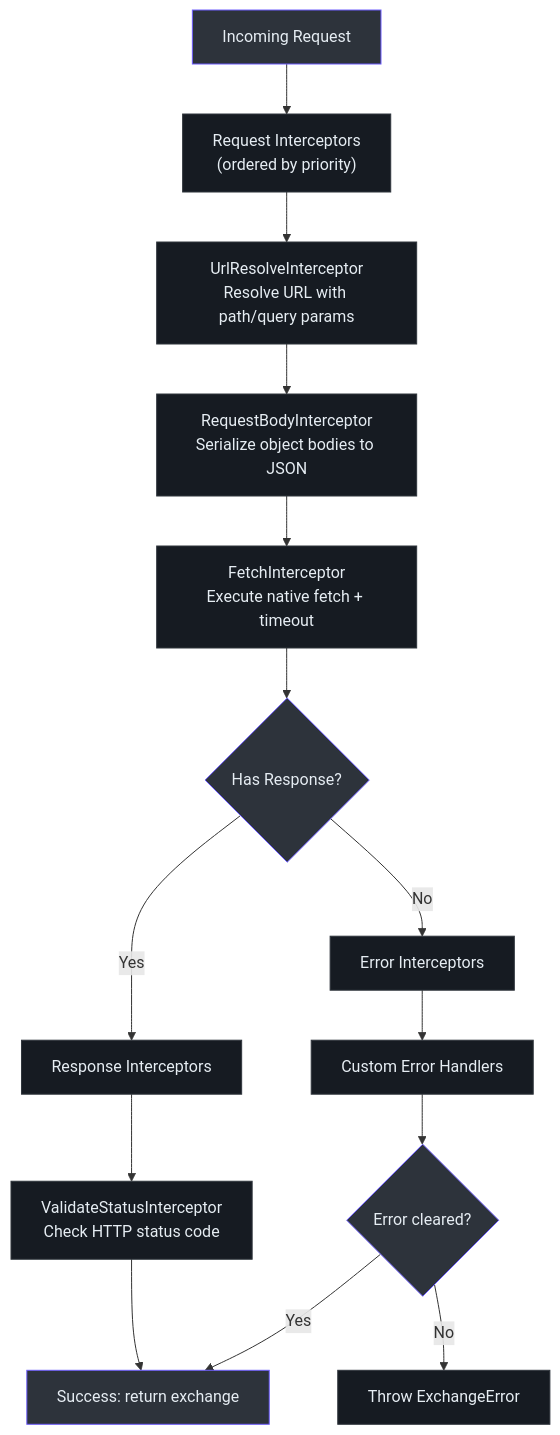
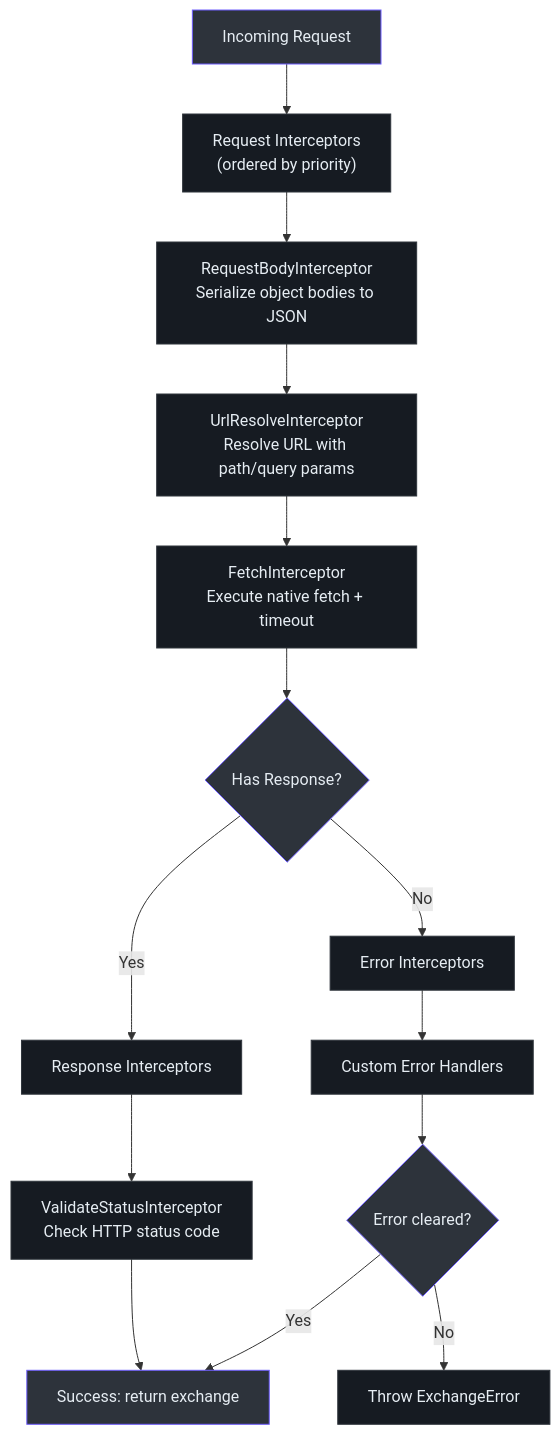
The third of 5 diagrams in wiki/packages/fetcher.md (Ahoo-Wang/fetcher), drawn with Mermaid before and after one commit. The commit also changed other lines of this file and 36 other files, not shown here.

````diff
--- a/wiki/packages/fetcher.md
+++ b/wiki/packages/fetcher.md
@@ -198,35 +198,35 @@
 ```mermaid
 flowchart TD
     START["Incoming Request"]
     START --> REQ["Request Interceptors<br>(ordered by priority)"]
 
-    REQ --> URI["UrlResolveInterceptor<br>Resolve URL with path/query params"]
-    URI --> BODY["RequestBodyInterceptor<br>Serialize object bodies to JSON"]
-    BODY --> FETCH["FetchInterceptor<br>Execute native fetch + timeout"]
+    REQ --> BODY["RequestBodyInterceptor<br>Serialize object bodies to JSON"]
+    BODY --> URI["UrlResolveInterceptor<br>Resolve URL with path/query params"]
+    URI --> FETCH["FetchInterceptor<br>Execute native fetch + timeout"]
     FETCH --> RESP_CHECK{Has Response?}
 
     RESP_CHECK -->|Yes| RESP["Response Interceptors"]
     RESP_CHECK -->|No| ERR["Error Interceptors"]
 
     RESP --> VALID["ValidateStatusInterceptor<br>Check HTTP status code"]
     VALID --> DONE["Success: return exchange"]
 
     ERR --> ERR_HANDLE["Custom Error Handlers"]
     ERR_HANDLE --> ERR_CHECK{Error cleared?}
     ERR_CHECK -->|Yes| DONE
     ERR_CHECK -->|No| THROW["Throw ExchangeError"]
 
     style START fill:#2d333b,stroke:#6d5dfc,color:#e6edf3
     style REQ fill:#161b22,stroke:#30363d,color:#e6edf3
     style URI fill:#161b22,stroke:#30363d,color:#e6edf3
     style BODY fill:#161b22,stroke:#30363d,color:#e6edf3
     style FETCH fill:#161b22,stroke:#30363d,color:#e6edf3
     style RESP_CHECK fill:#2d333b,stroke:#6d5dfc,color:#e6edf3
     style RESP fill:#161b22,stroke:#30363d,color:#e6edf3
     style VALID fill:#161b22,stroke:#30363d,color:#e6edf3
     style DONE fill:#2d333b,stroke:#6d5dfc,color:#e6edf3
     style ERR fill:#161b22,stroke:#30363d,color:#e6edf3
     style ERR_HANDLE fill:#161b22,stroke:#30363d,color:#e6edf3
     style ERR_CHECK fill:#2d333b,stroke:#6d5dfc,color:#e6edf3
     style THROW fill:#161b22,stroke:#30363d,color:#e6edf3
 ```
````
